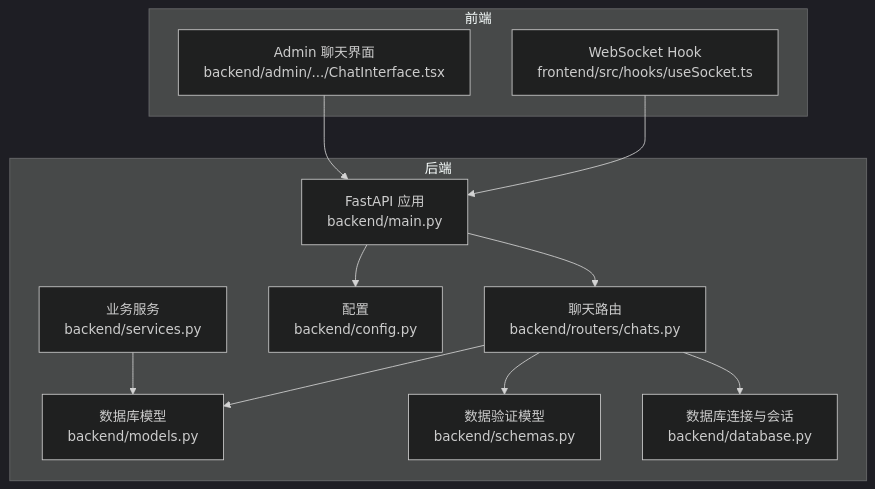
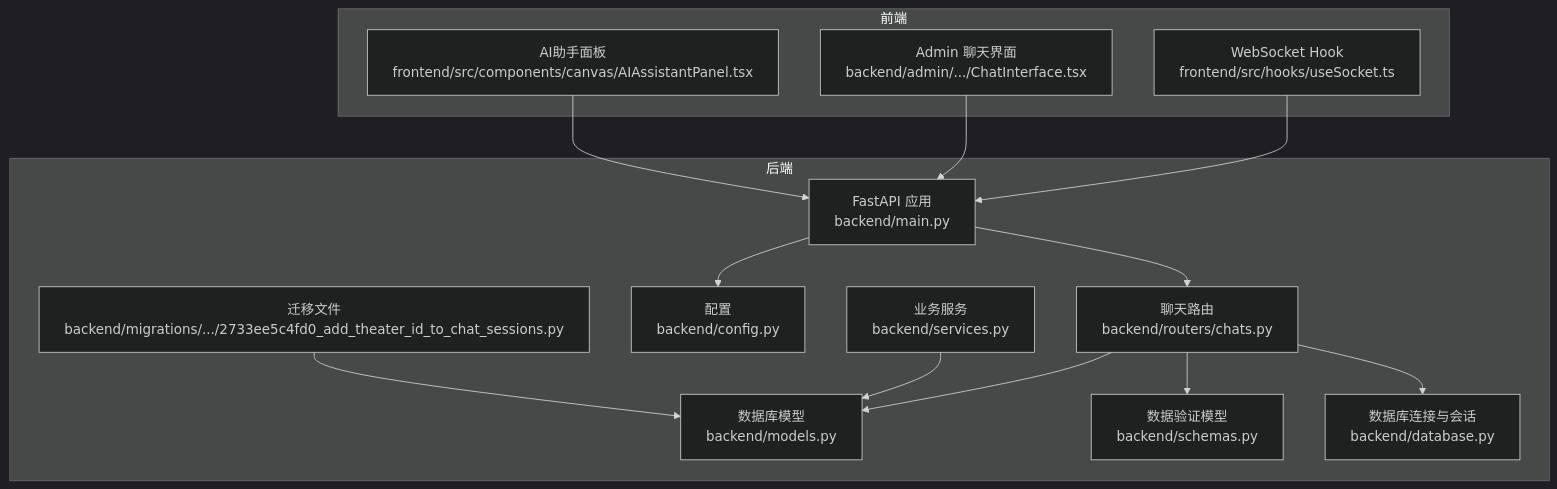
The first of 6 diagrams in .qoder/repowiki/zh/content/API接口文档/聊天API.md (KunLabAI/KunFlix), drawn with Mermaid (dark theme) before and after one commit. The commit also changed other lines of this file and 11 other files, not shown here.

````diff
--- a/.qoder/repowiki/zh/content/API接口文档/聊天API.md
+++ b/.qoder/repowiki/zh/content/API接口文档/聊天API.md
@@ -35,24 +46,28 @@
 ```mermaid
 graph TB
 subgraph "后端"
 A["FastAPI 应用<br/>backend/main.py"]
 B["聊天路由<br/>backend/routers/chats.py"]
 C["数据库模型<br/>backend/models.py"]
 D["数据验证模型<br/>backend/schemas.py"]
 E["数据库连接与会话<br/>backend/database.py"]
 F["配置<br/>backend/config.py"]
 G["业务服务<br/>backend/services.py"]
+H["迁移文件<br/>backend/migrations/.../2733ee5c4fd0_add_theater_id_to_chat_sessions.py"]
 end
 subgraph "前端"
-H["WebSocket Hook<br/>frontend/src/hooks/useSocket.ts"]
-I["Admin 聊天界面<br/>backend/admin/.../ChatInterface.tsx"]
+I["WebSocket Hook<br/>frontend/src/hooks/useSocket.ts"]
+J["Admin 聊天界面<br/>backend/admin/.../ChatInterface.tsx"]
+K["AI助手面板<br/>frontend/src/components/canvas/AIAssistantPanel.tsx"]
 end
 A --> B
 B --> C
 B --> D
 B --> E
 A --> F
 G --> C
-H --> A
+H --> C
 I --> A
+J --> A
+K --> A
 ```
````
